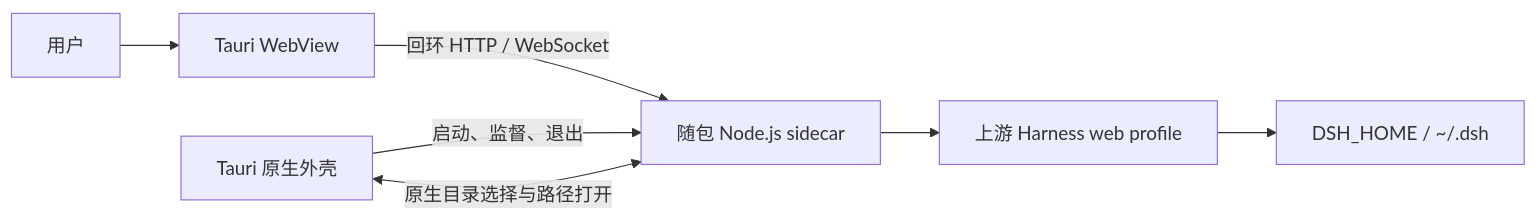
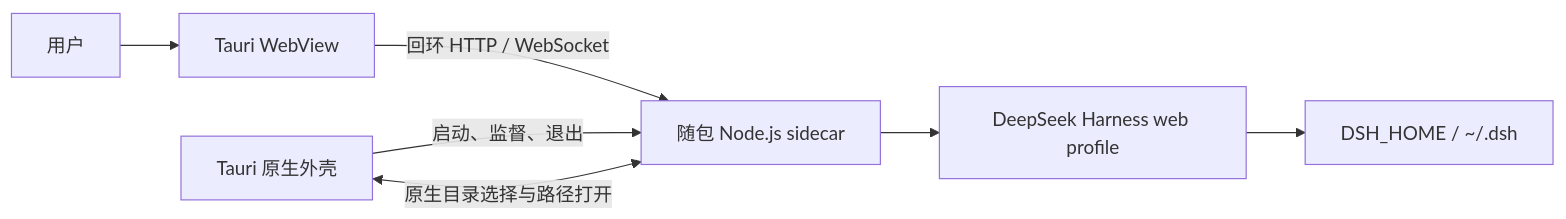
The diagram in README.md (cipherTing/deepseek-harness-desktop-pure), drawn with Mermaid before and after one commit. The commit also changed other lines of this file and 33 other files, not shown here.

````diff
--- a/README.md
+++ b/README.md
@@ -53,9 +53,9 @@
 ```mermaid
 flowchart LR
   U["用户"] --> W["Tauri WebView"]
   T["Tauri 原生外壳"] -->|"启动、监督、退出"| S["随包 Node.js sidecar"]
   W -->|"回环 HTTP / WebSocket"| S
   T <-->|"原生目录选择与路径打开"| S
-  S --> H["上游 Harness web profile"]
+  S --> H["DeepSeek Harness web profile"]
   H --> D["DSH_HOME / ~/.dsh"]
 ```
````
